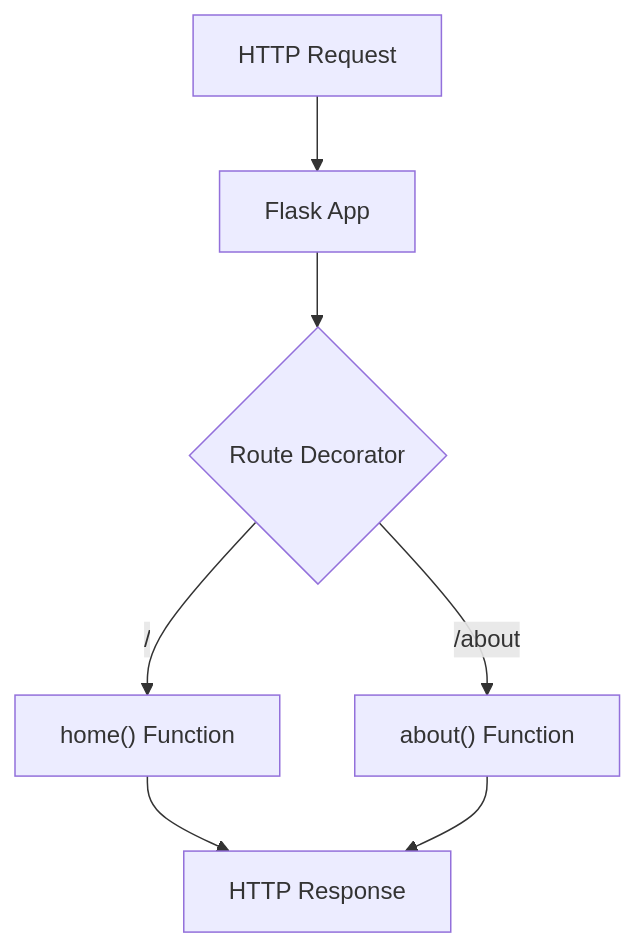
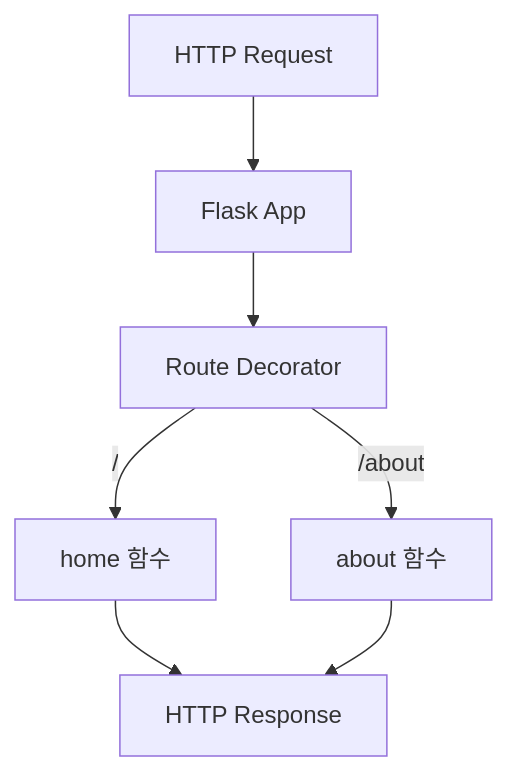
Before and after one commit to 42jerrykim/42jerrykim.github.io: the fourth of 16 diagrams in content/post/2024/2024-10-17-python-decorator/index.md, drawn with Mermaid. The commit also changed other lines of this file and 239 other files, not shown here.

````diff
--- a/content/post/2024/2024-10-17-python-decorator/index.md
+++ b/content/post/2024/2024-10-17-python-decorator/index.md
@@ -405,9 +328,15 @@
 ```mermaid
-graph TD;
-    A[HTTP Request] --> B[Flask App];
-    B --> C{Route Decorator};
-    C -->|"/"| D["home() Function"];
-    C -->|"/about"| E["about() Function"];
-    D --> F[HTTP Response];
-    E --> F;
+graph TD
+    HttpReq["HTTP Request"]
+    FlaskApp["Flask App"]
+    RouteDec["Route Decorator"]
+    HomeFunc["home 함수"]
+    AboutFunc["about 함수"]
+    HttpResp["HTTP Response"]
+    HttpReq --> FlaskApp
+    FlaskApp --> RouteDec
+    RouteDec -->|"/"| HomeFunc
+    RouteDec -->|"/about"| AboutFunc
+    HomeFunc --> HttpResp
+    AboutFunc --> HttpResp
 ```
````
